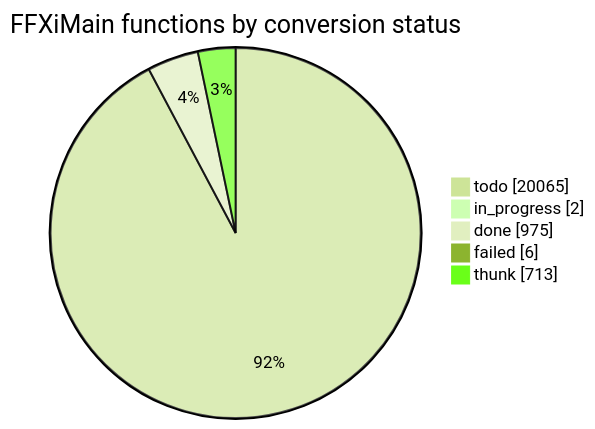
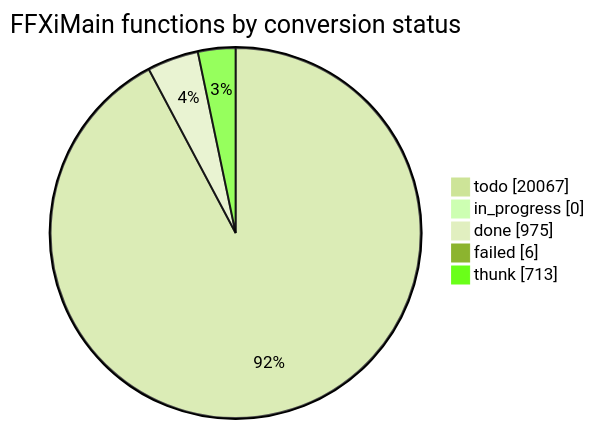
One commit to cowrevenge/cow_kuluu_xi_anything changed the diagram in docs/cow/STATUS.md. Above: the diagram before and after it, drawn with Mermaid (forest theme). The commit also changed other lines of this file and 3 other files, not shown here.

````diff
--- a/docs/cow/STATUS.md
+++ b/docs/cow/STATUS.md
@@ -18,9 +18,9 @@
 ```mermaid
 pie showData
     title FFXiMain functions by conversion status
-    "todo" : 20065
-    "in_progress" : 2
+    "todo" : 20067
+    "in_progress" : 0
     "done" : 975
     "failed" : 6
     "thunk" : 713
 ```
````
